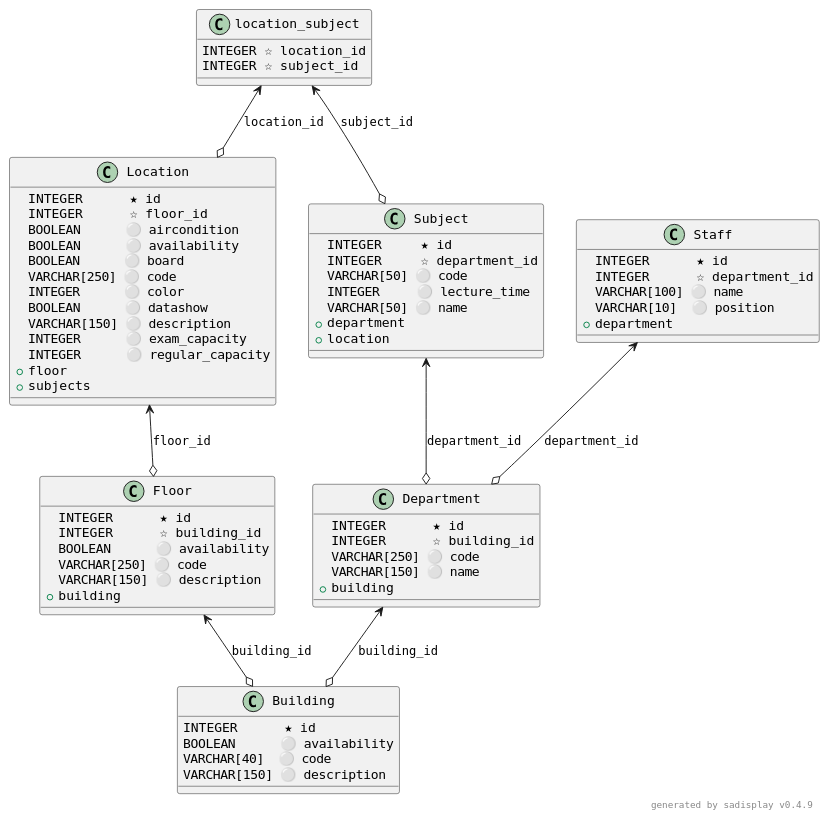
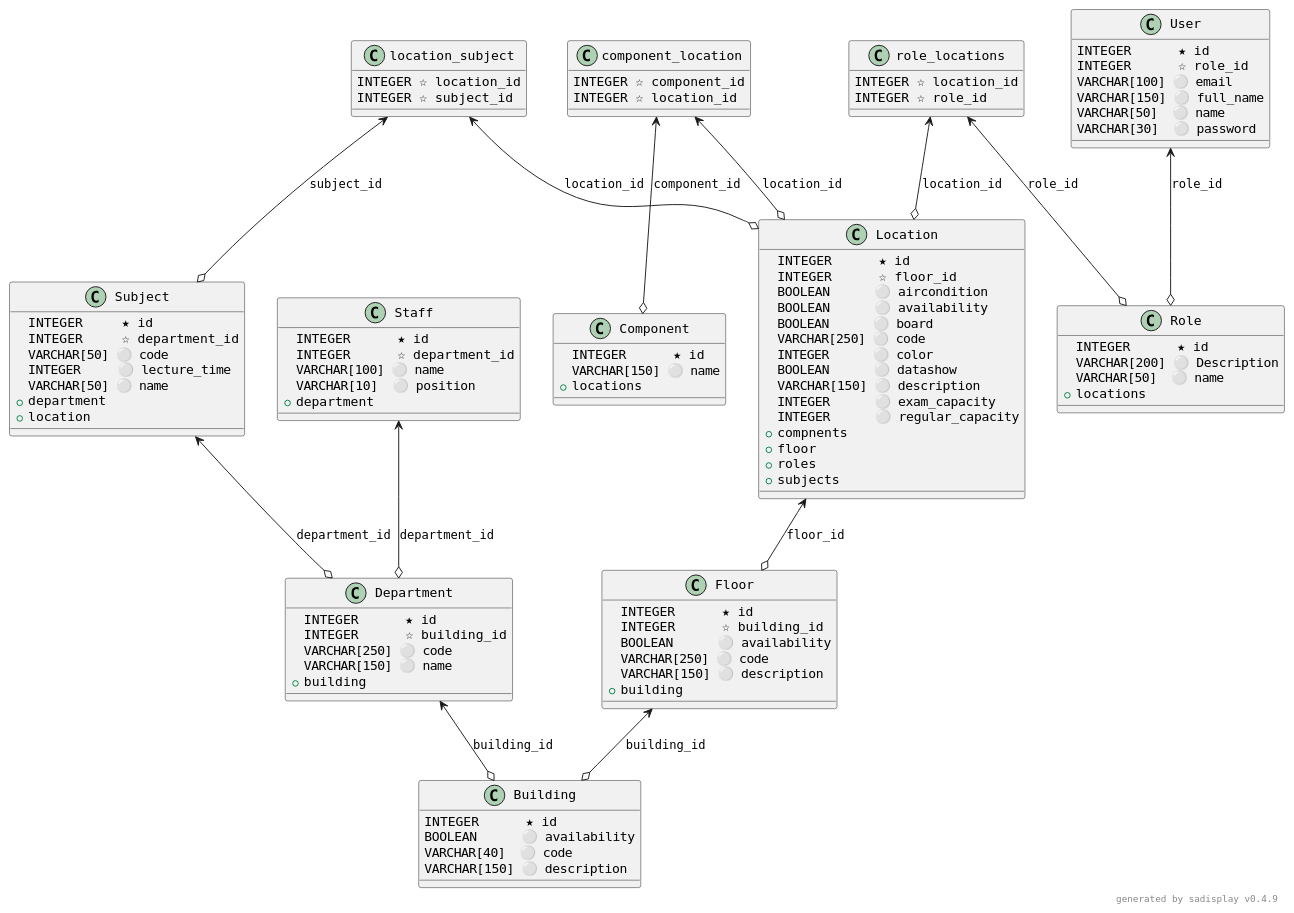
Before and after one commit to abdo1819/LTA: the diagram in database/schema.plantuml, drawn with PlantUML. The commit also changed 6 other files, not shown here.

Commit message:
update erd add user and component add change log

```diff
--- a/database/schema.plantuml
+++ b/database/schema.plantuml
@@ -1,84 +1,128 @@
 @startuml
 
 skinparam defaultFontName Courier
 
 Class Building {
     INTEGER      ★ id          
     BOOLEAN      ⚪ availability
     VARCHAR[40]  ⚪ code        
     VARCHAR[150] ⚪ description 
 }
 
 Class Floor {
     INTEGER      ★ id          
     INTEGER      ☆ building_id 
     BOOLEAN      ⚪ availability
     VARCHAR[250] ⚪ code        
     VARCHAR[150] ⚪ description 
     +            building      
 }
 
 Class Location {
     INTEGER      ★ id              
     INTEGER      ☆ floor_id        
     BOOLEAN      ⚪ aircondition    
     BOOLEAN      ⚪ availability    
     BOOLEAN      ⚪ board           
     VARCHAR[250] ⚪ code            
     INTEGER      ⚪ color           
     BOOLEAN      ⚪ datashow        
     VARCHAR[150] ⚪ description     
     INTEGER      ⚪ exam_capacity   
     INTEGER      ⚪ regular_capacity
+    +            compnents         
     +            floor             
+    +            roles             
     +            subjects          
+}
+
+Class Component {
+    INTEGER      ★ id     
+    VARCHAR[150] ⚪ name   
+    +            locations
+}
+
+Class component_location {
+    INTEGER ☆ component_id
+    INTEGER ☆ location_id 
 }
 
 Class Department {
     INTEGER      ★ id         
     INTEGER      ☆ building_id
     VARCHAR[250] ⚪ code       
     VARCHAR[150] ⚪ name       
     +            building     
 }
 
 Class Staff {
     INTEGER      ★ id           
     INTEGER      ☆ department_id
     VARCHAR[100] ⚪ name         
     VARCHAR[10]  ⚪ position     
     +            department     
 }
 
 Class Subject {
     INTEGER     ★ id           
     INTEGER     ☆ department_id
     VARCHAR[50] ⚪ code         
     INTEGER     ⚪ lecture_time 
     VARCHAR[50] ⚪ name         
     +           department     
     +           location       
 }
 
 Class location_subject {
     INTEGER ☆ location_id
     INTEGER ☆ subject_id 
 }
 
+Class User {
+    INTEGER      ★ id       
+    INTEGER      ☆ role_id  
+    VARCHAR[100] ⚪ email    
+    VARCHAR[150] ⚪ full_name
+    VARCHAR[50]  ⚪ name     
+    VARCHAR[30]  ⚪ password 
+}
+
+Class Role {
+    INTEGER      ★ id         
+    VARCHAR[200] ⚪ Description
+    VARCHAR[50]  ⚪ name       
+    +            locations    
+}
+
+Class role_locations {
+    INTEGER ☆ location_id
+    INTEGER ☆ role_id    
+}
+
 Floor <--o Building: building_id
 
 Location <--o Floor: floor_id
+
+component_location <--o Component: component_id
+
+component_location <--o Location: location_id
 
 Department <--o Building: building_id
 
 Staff <--o Department: department_id
 
 Subject <--o Department: department_id
 
 location_subject <--o Subject: subject_id
 
 location_subject <--o Location: location_id
 
+User <--o Role: role_id
+
+role_locations <--o Role: role_id
+
+role_locations <--o Location: location_id
+
 right footer generated by sadisplay v0.4.9
 
 @enduml
```
